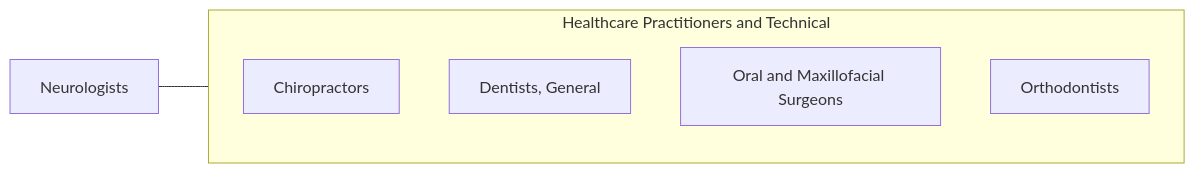
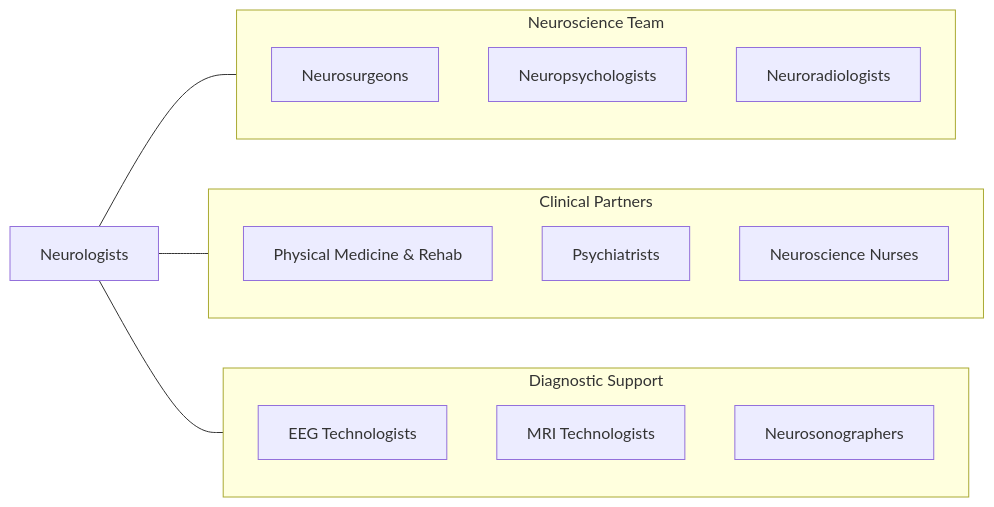
One commit to kziemski/business.org.ai changed the fourth of 4 diagrams in occupations/HealthcarePractitioners/Neurologists.mdx. Above: the diagram before and after it, drawn with Mermaid. The commit also changed other lines of this file and 938 other files, not shown here.

````diff
--- a/occupations/HealthcarePractitioners/Neurologists.mdx
+++ b/occupations/HealthcarePractitioners/Neurologists.mdx
@@ -113,13 +219,26 @@
 ```mermaid
 graph LR
     Current["Neurologists"]
 
-    subgraph SameCategory["Healthcare Practitioners and Technical"]
-        Chiropractors["Chiropractors"]
-        DentistsGeneral["Dentists, General"]
-        OralAndMaxillofacial["Oral and Maxillofacial Surgeons"]
-        Orthodontists["Orthodontists"]
+    subgraph NeuroTeam["Neuroscience Team"]
+        Neurosurg["Neurosurgeons"]
+        Neuropsych["Neuropsychologists"]
+        NeuroRad["Neuroradiologists"]
     end
 
-    Current --- SameCategory
+    subgraph ClinicalPartners["Clinical Partners"]
+        PM_R["Physical Medicine & Rehab"]
+        Psychiatrists["Psychiatrists"]
+        NeuroNurses["Neuroscience Nurses"]
+    end
+
+    subgraph Diagnostics["Diagnostic Support"]
+        EEGTech["EEG Technologists"]
+        MRITech["MRI Technologists"]
+        NeuroSonographers["Neurosonographers"]
+    end
+
+    Current --- NeuroTeam
+    Current --- ClinicalPartners
+    Current --- Diagnostics
 ```
````
